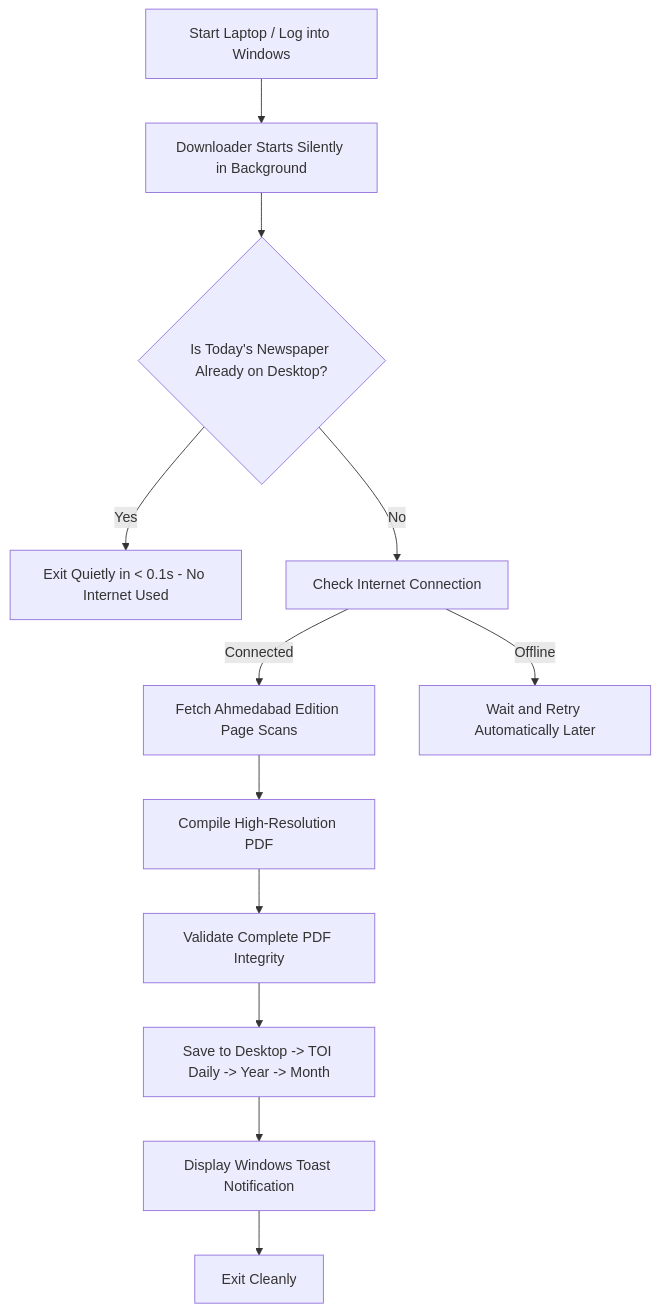
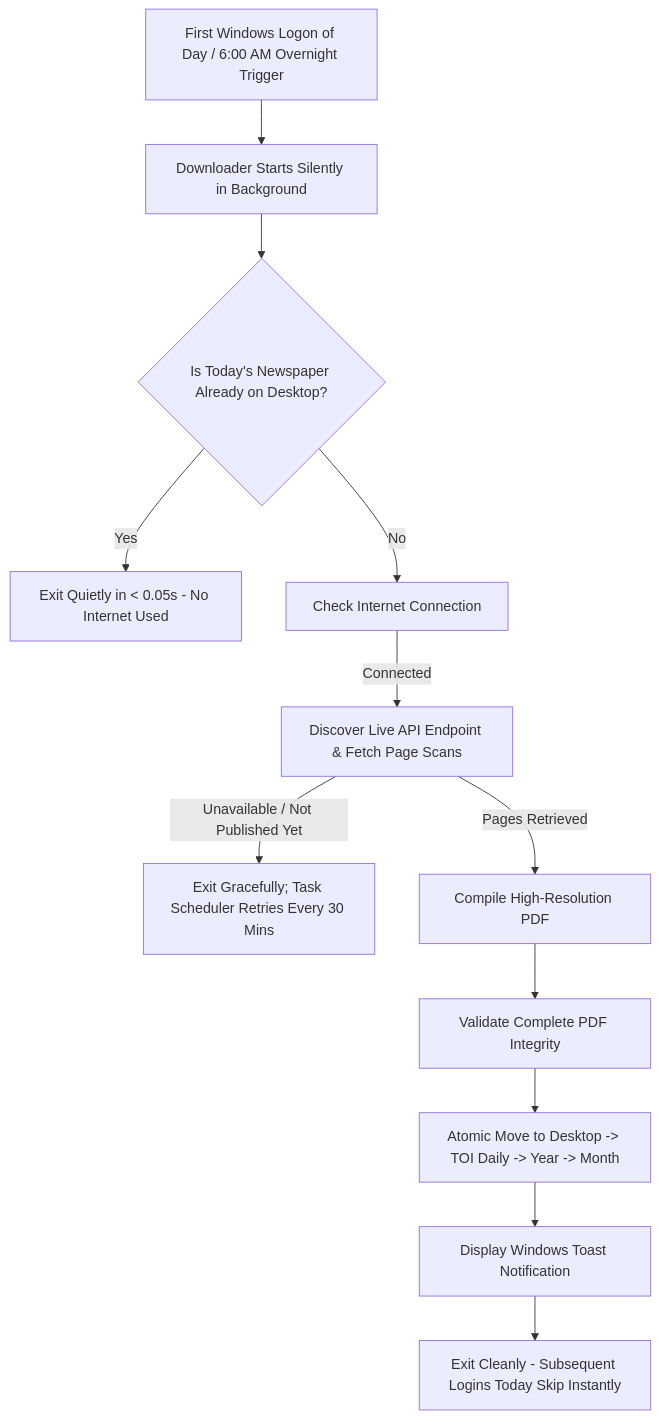
One commit to Kathan-x/TOI-Automation changed the diagram in README.md. Above: the diagram before and after it, drawn with Mermaid. The commit also changed other lines of this file and 10 other files, not shown here.

Commit message:
Add once-per-day login gate and automatic retries

````diff
--- a/README.md
+++ b/README.md
@@ -70,14 +70,14 @@
 ```mermaid
 graph TD
-    A[Start Laptop / Log into Windows] --> B[Downloader Starts Silently in Background]
+    A[First Windows Logon of Day / 6:00 AM Overnight Trigger] --> B[Downloader Starts Silently in Background]
     B --> C{Is Today's Newspaper Already on Desktop?}
-    C -->|Yes| D[Exit Quietly in < 0.1s - No Internet Used]
+    C -->|Yes| D[Exit Quietly in < 0.05s - No Internet Used]
     C -->|No| E[Check Internet Connection]
-    E -->|Connected| F[Fetch Ahmedabad Edition Page Scans]
-    F --> G[Compile High-Resolution PDF]
+    E -->|Connected| F[Discover Live API Endpoint & Fetch Page Scans]
+    F -->|Unavailable / Not Published Yet| L[Exit Gracefully; Task Scheduler Retries Every 30 Mins]
+    F -->|Pages Retrieved| G[Compile High-Resolution PDF]
     G --> H[Validate Complete PDF Integrity]
-    H --> I[Save to Desktop -> TOI Daily -> Year -> Month]
+    H --> I[Atomic Move to Desktop -> TOI Daily -> Year -> Month]
     I --> J[Display Windows Toast Notification]
-    J --> K[Exit Cleanly]
-    E -->|Offline| L[Wait and Retry Automatically Later]
+    J --> K[Exit Cleanly - Subsequent Logins Today Skip Instantly]
 ```
````
